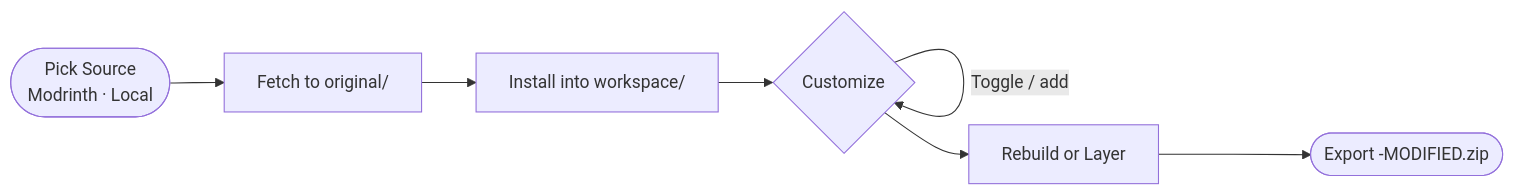
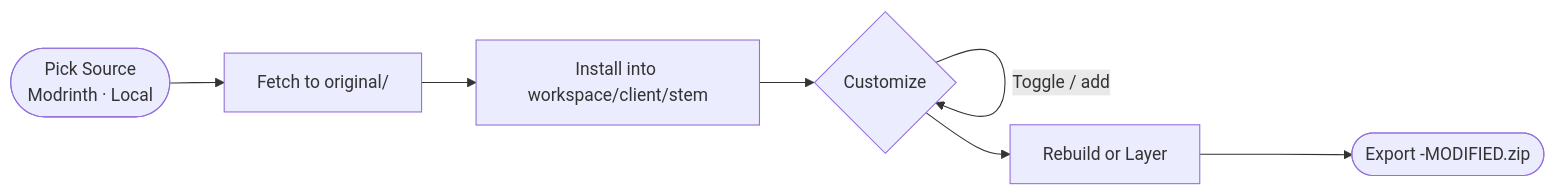
The diagram in README.md (vasubawa/packweaver), drawn with Mermaid before and after one commit. The commit also changed other lines of this file and 17 other files, not shown here.

````diff
--- a/README.md
+++ b/README.md
@@ -24,9 +24,9 @@
 ```mermaid
 flowchart LR
     A([Pick Source\nModrinth · Local]) --> B[Fetch to original/]
-    B --> C[Install into workspace/]
+    B --> C[Install into workspace/client/stem]
     C --> D{Customize}
     D -->|Toggle / add| D
     D --> E[Rebuild or Layer]
     E --> F([Export -MODIFIED.zip])
 ```
````
